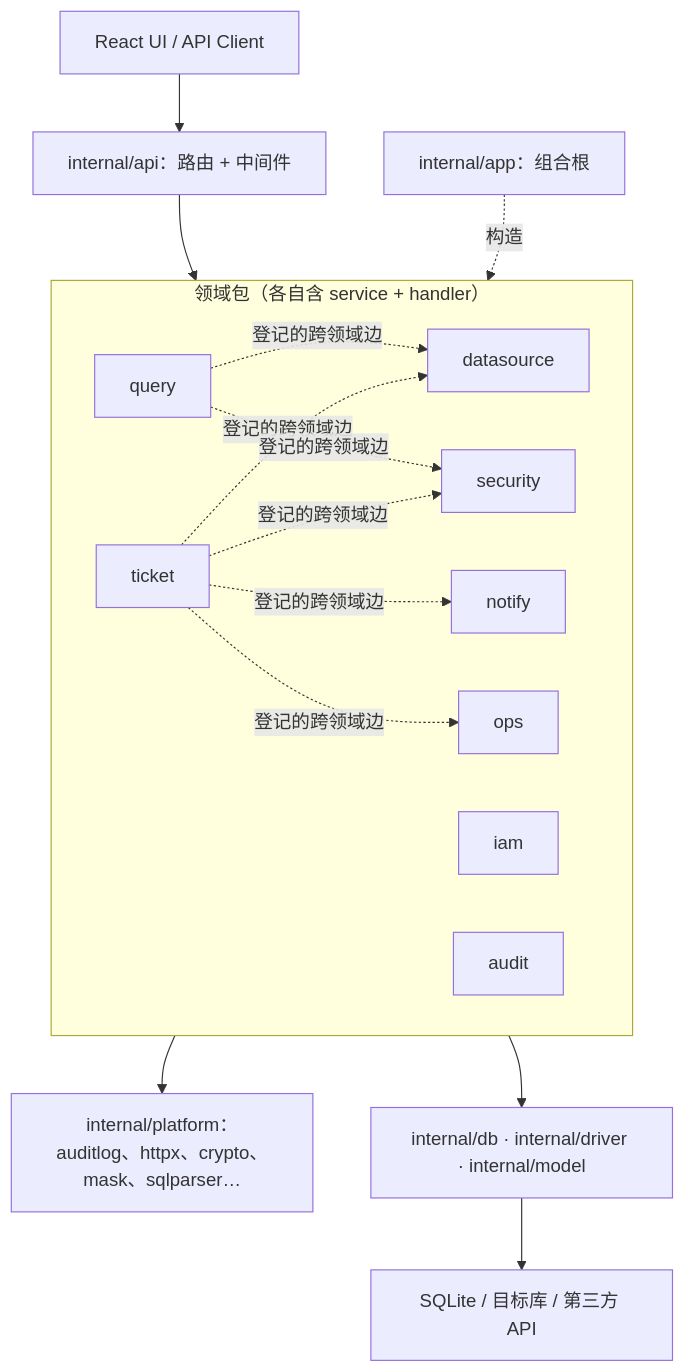
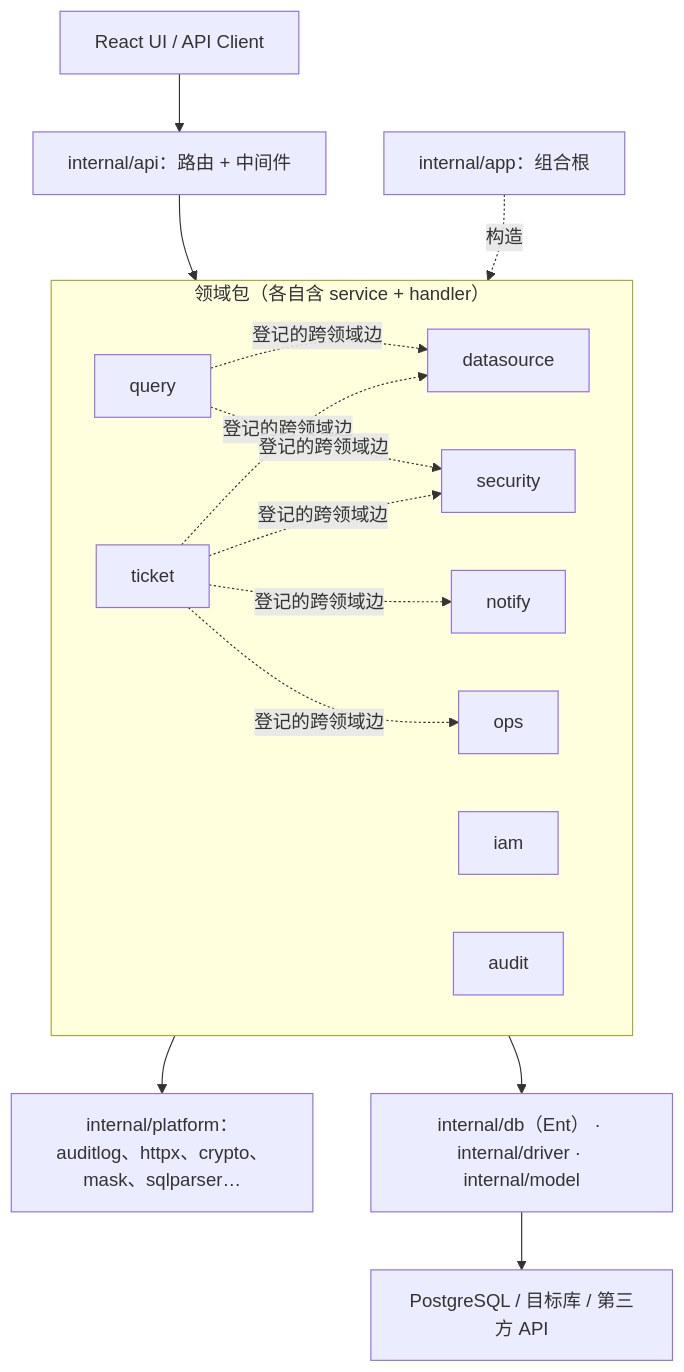
One commit to whg517/sqlflow changed the third of 5 diagrams in docs/ARCHITECTURE.md. Above: the diagram before and after it, drawn with Mermaid. The commit also changed other lines of this file and 13 other files, not shown here.

````diff
--- a/docs/ARCHITECTURE.md
+++ b/docs/ARCHITECTURE.md
@@ -101,26 +115,26 @@
 ```mermaid
 flowchart TB
     UI["React UI / API Client"] --> Router["internal/api：路由 + 中间件"]
     Router --> Domains
 
     subgraph Domains["领域包（各自含 service + handler）"]
         direction LR
         Ticket["ticket"]
         Query["query"]
         DS["datasource"]
         Sec["security"]
         IAM["iam"]
         Audit["audit"]
         Notify["notify"]
         Ops["ops"]
     end
 
     Ticket -.登记的跨领域边.-> DS & Sec & Notify & Ops
     Query -.登记的跨领域边.-> DS & Sec
 
     Domains --> Platform["internal/platform：auditlog、httpx、crypto、mask、sqlparser…"]
-    Domains --> Ports["internal/db · internal/driver · internal/model"]
-    Ports --> Infrastructure["SQLite / 目标库 / 第三方 API"]
+    Domains --> Ports["internal/db（Ent） · internal/driver · internal/model"]
+    Ports --> Infrastructure["PostgreSQL / 目标库 / 第三方 API"]
 
     App["internal/app：组合根"] -.构造.-> Domains
 ```
````
